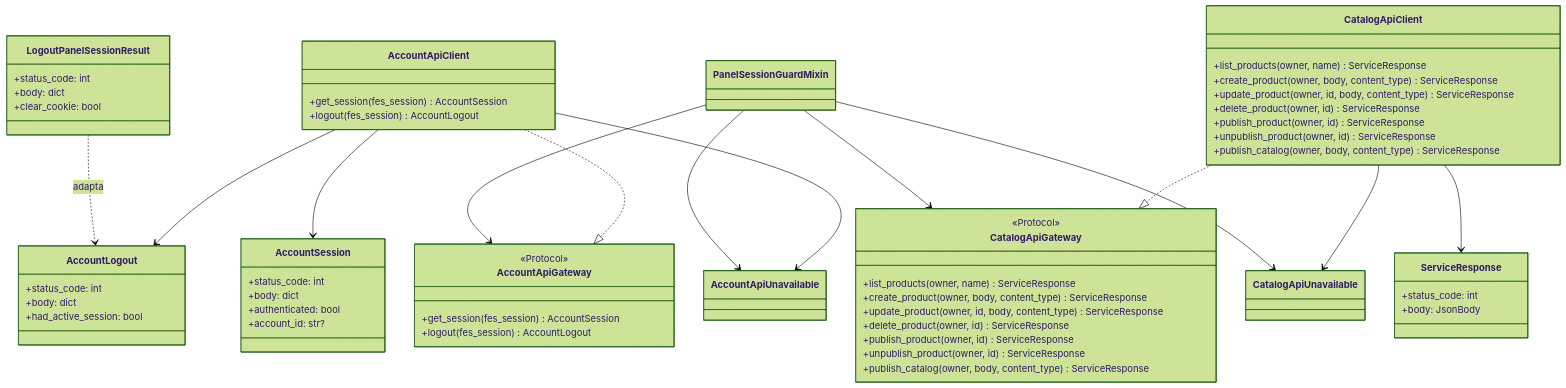
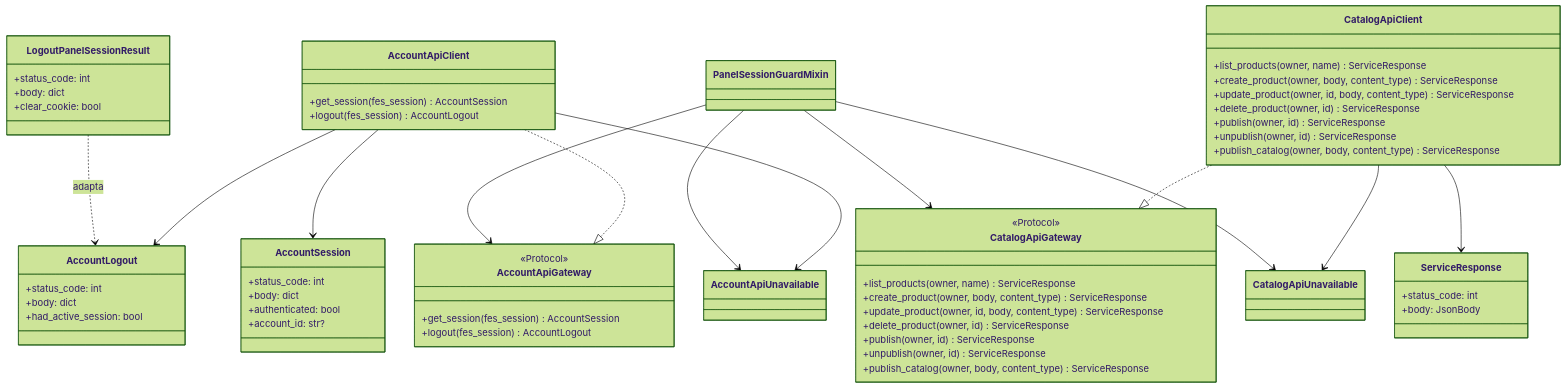
The second of 5 diagrams in specs/002-feat-panel-catalog-frontier/uml.md (Dariosoft/fes-panel-api), drawn with Mermaid (forest theme) before and after one commit. The commit also changed other lines of this file and 19 other files, not shown here.

````diff
--- a/specs/002-feat-panel-catalog-frontier/uml.md
+++ b/specs/002-feat-panel-catalog-frontier/uml.md
@@ -107,69 +107,69 @@
 ```mermaid
 classDiagram
   direction TB
 
   class AccountApiGateway {
     <<Protocol>>
     +get_session(fes_session) AccountSession
     +logout(fes_session) AccountLogout
   }
   class CatalogApiGateway {
     <<Protocol>>
     +list_products(owner, name) ServiceResponse
     +create_product(owner, body, content_type) ServiceResponse
     +update_product(owner, id, body, content_type) ServiceResponse
     +delete_product(owner, id) ServiceResponse
-    +publish_product(owner, id) ServiceResponse
-    +unpublish_product(owner, id) ServiceResponse
+    +publish(owner, id) ServiceResponse
+    +unpublish(owner, id) ServiceResponse
     +publish_catalog(owner, body, content_type) ServiceResponse
   }
   class AccountApiClient {
     +get_session(fes_session) AccountSession
     +logout(fes_session) AccountLogout
   }
   class CatalogApiClient {
     +list_products(owner, name) ServiceResponse
     +create_product(owner, body, content_type) ServiceResponse
     +update_product(owner, id, body, content_type) ServiceResponse
     +delete_product(owner, id) ServiceResponse
-    +publish_product(owner, id) ServiceResponse
-    +unpublish_product(owner, id) ServiceResponse
+    +publish(owner, id) ServiceResponse
+    +unpublish(owner, id) ServiceResponse
     +publish_catalog(owner, body, content_type) ServiceResponse
   }
   class AccountSession {
     +status_code: int
     +body: dict
     +authenticated: bool
     +account_id: str?
   }
   class AccountLogout {
     +status_code: int
     +body: dict
     +had_active_session: bool
   }
   class ServiceResponse {
     +status_code: int
     +body: JsonBody
   }
   class AccountApiUnavailable
   class CatalogApiUnavailable
   class LogoutPanelSessionResult {
     +status_code: int
     +body: dict
     +clear_cookie: bool
   }
   class PanelSessionGuardMixin
 
   AccountApiClient ..|> AccountApiGateway
   CatalogApiClient ..|> CatalogApiGateway
   AccountApiClient --> AccountSession
   AccountApiClient --> AccountLogout
   AccountApiClient --> AccountApiUnavailable
   CatalogApiClient --> ServiceResponse
   CatalogApiClient --> CatalogApiUnavailable
   PanelSessionGuardMixin --> AccountApiGateway
   PanelSessionGuardMixin --> CatalogApiGateway
   PanelSessionGuardMixin --> AccountApiUnavailable
   PanelSessionGuardMixin --> CatalogApiUnavailable
   LogoutPanelSessionResult ..> AccountLogout : adapta
 ```
````
